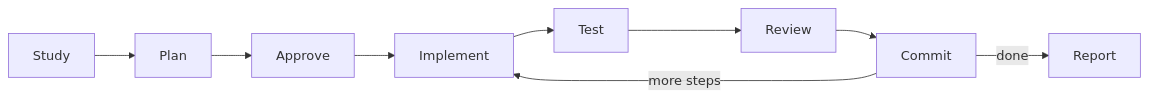
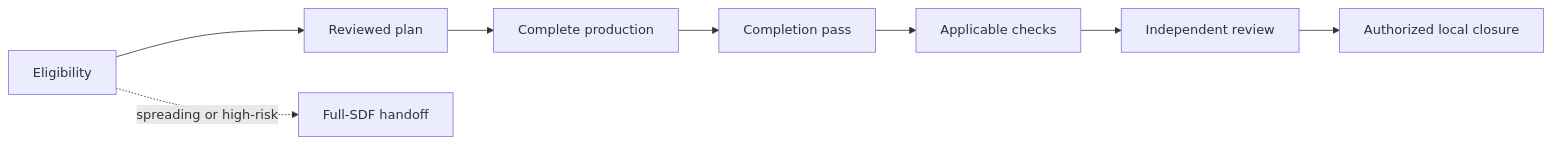
Before and after one commit to moira-mcp/moira: the second of 13 diagrams in packages/docs/src/content/docs/docs/reference/workflow-templates.mdx, drawn with Mermaid. The commit also changed other lines of this file and 19 other files, not shown here.

````diff
--- a/packages/docs/src/content/docs/docs/reference/workflow-templates.mdx
+++ b/packages/docs/src/content/docs/docs/reference/workflow-templates.mdx
@@ -64,6 +64,6 @@
 ```mermaid
 flowchart LR
-    A[Study] --> B[Plan] --> C[Approve] --> D[Implement] --> E[Test] --> F[Review] --> G[Commit]
-    G -->|more steps| D
-    G -->|done| H[Report]
+    A[Eligibility] --> B[Reviewed plan] --> C[Complete production] --> D[Completion pass]
+    D --> E[Applicable checks] --> F[Independent review] --> G[Authorized local closure]
+    A -. spreading or high-risk .-> H[Full-SDF handoff]
 ```
````
